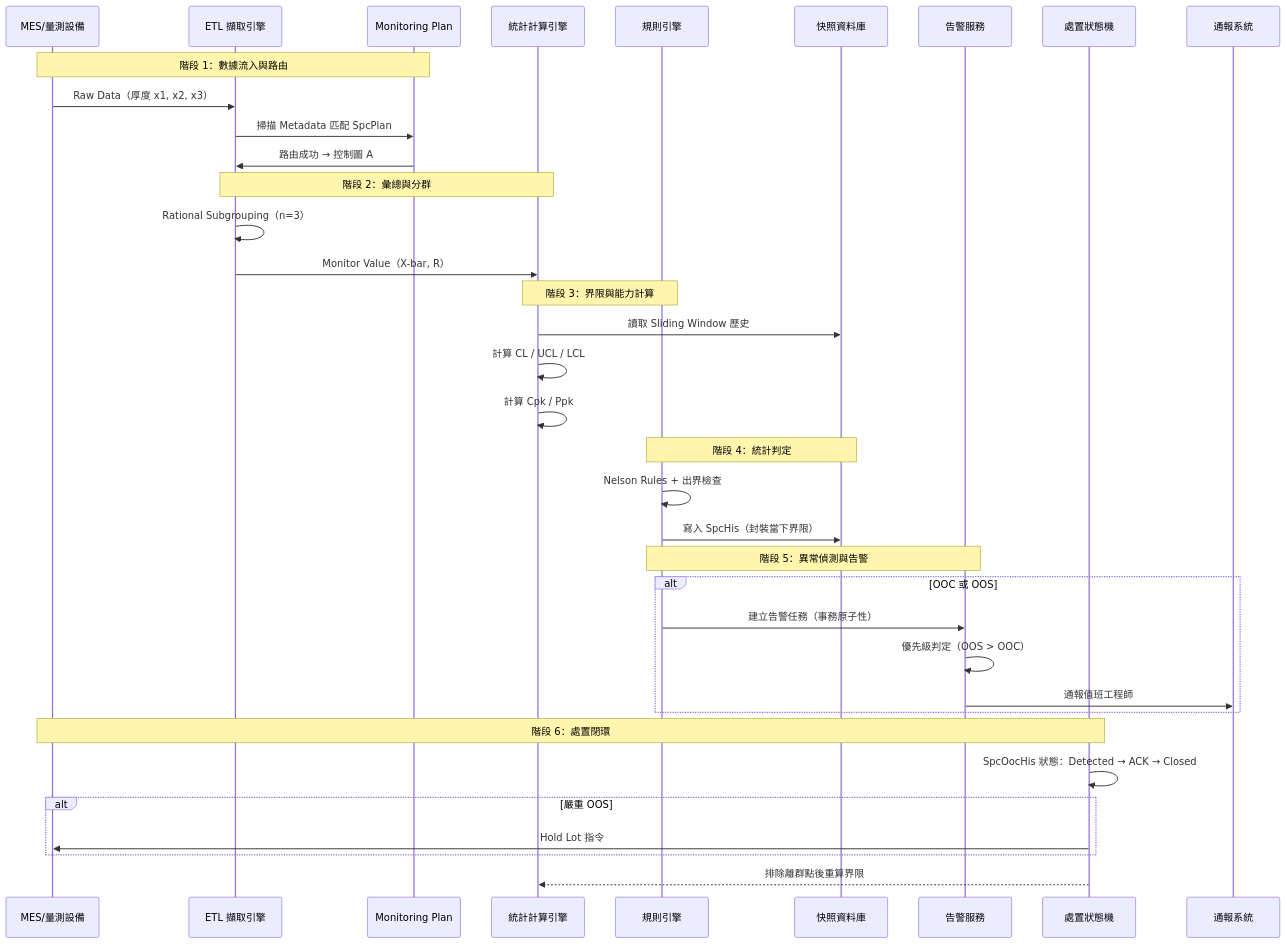
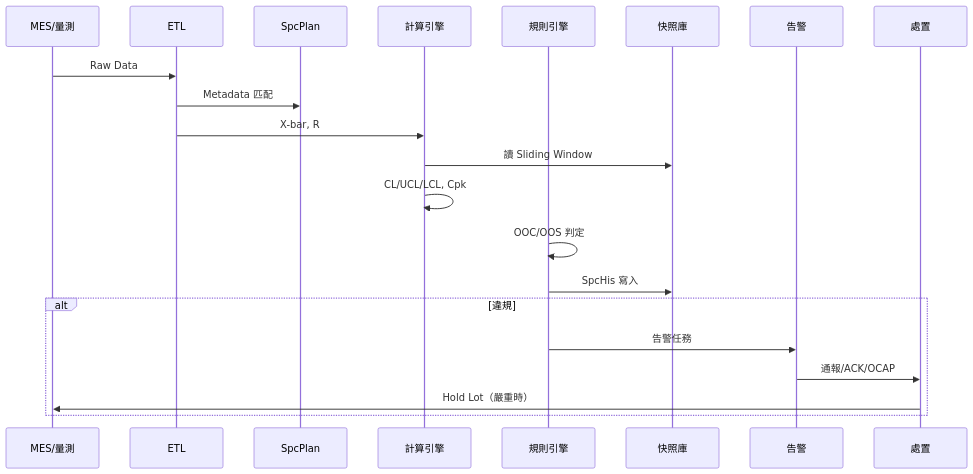
Before and after one commit to LonelyYeezhiChicken/chicken-personal: the diagram in docs/spc/core-model/endToEndLifecycle.md, drawn with Mermaid. The commit also changed other lines of this file and 25 other files, not shown here.

````diff
--- a/docs/spc/core-model/endToEndLifecycle.md
+++ b/docs/spc/core-model/endToEndLifecycle.md
@@ -20,44 +25,24 @@
 ```mermaid
 sequenceDiagram
-  participant MES as MES/量測設備
-  participant ETL as ETL 擷取引擎
-  participant Plan as Monitoring Plan
-  participant Calc as 統計計算引擎
+  participant MES as MES/量測
+  participant ETL as ETL
+  participant Plan as SpcPlan
+  participant Calc as 計算引擎
   participant Rule as 規則引擎
-  participant DB as 快照資料庫
-  participant Alert as 告警服務
-  participant Disp as 處置狀態機
-  participant Notify as 通報系統
+  participant DB as 快照庫
+  participant Alert as 告警
+  participant Disp as 處置
 
-  Note over MES,Plan: 階段 1：數據流入與路由
-  MES->>ETL: Raw Data（厚度 x1, x2, x3）
-  ETL->>Plan: 掃描 Metadata 匹配 SpcPlan
-  Plan->>ETL: 路由成功 → 控制圖 A
-
-  Note over ETL,Calc: 階段 2：彙總與分群
-  ETL->>ETL: Rational Subgrouping（n=3）
-  ETL->>Calc: Monitor Value（X-bar, R）
-
-  Note over Calc,Rule: 階段 3：界限與能力計算
-  Calc->>DB: 讀取 Sliding Window 歷史
-  Calc->>Calc: 計算 CL / UCL / LCL
-  Calc->>Calc: 計算 Cpk / Ppk
-
-  Note over Rule,DB: 階段 4：統計判定
-  Rule->>Rule: Nelson Rules + 出界檢查
-  Rule->>DB: 寫入 SpcHis（封裝當下界限）
-
-  Note over Rule,Alert: 階段 5：異常偵測與告警
-  alt OOC 或 OOS
-    Rule->>Alert: 建立告警任務（事務原子性）
-    Alert->>Alert: 優先級判定（OOS > OOC）
-    Alert->>Notify: 通報值班工程師
+  MES->>ETL: Raw Data
+  ETL->>Plan: Metadata 匹配
+  ETL->>Calc: X-bar, R
+  Calc->>DB: 讀 Sliding Window
+  Calc->>Calc: CL/UCL/LCL, Cpk
+  Rule->>Rule: OOC/OOS 判定
+  Rule->>DB: SpcHis 寫入
+  alt 違規
+    Rule->>Alert: 告警任務
+    Alert->>Disp: 通報/ACK/OCAP
+    Disp->>MES: Hold Lot（嚴重時）
   end
-
-  Note over Disp,MES: 階段 6：處置閉環
-  Disp->>Disp: SpcOocHis 狀態：Detected → ACK → Closed
-  alt 嚴重 OOS
-    Disp->>MES: Hold Lot 指令
-  end
-  Disp-->>Calc: 排除離群點後重算界限
 ```
````
